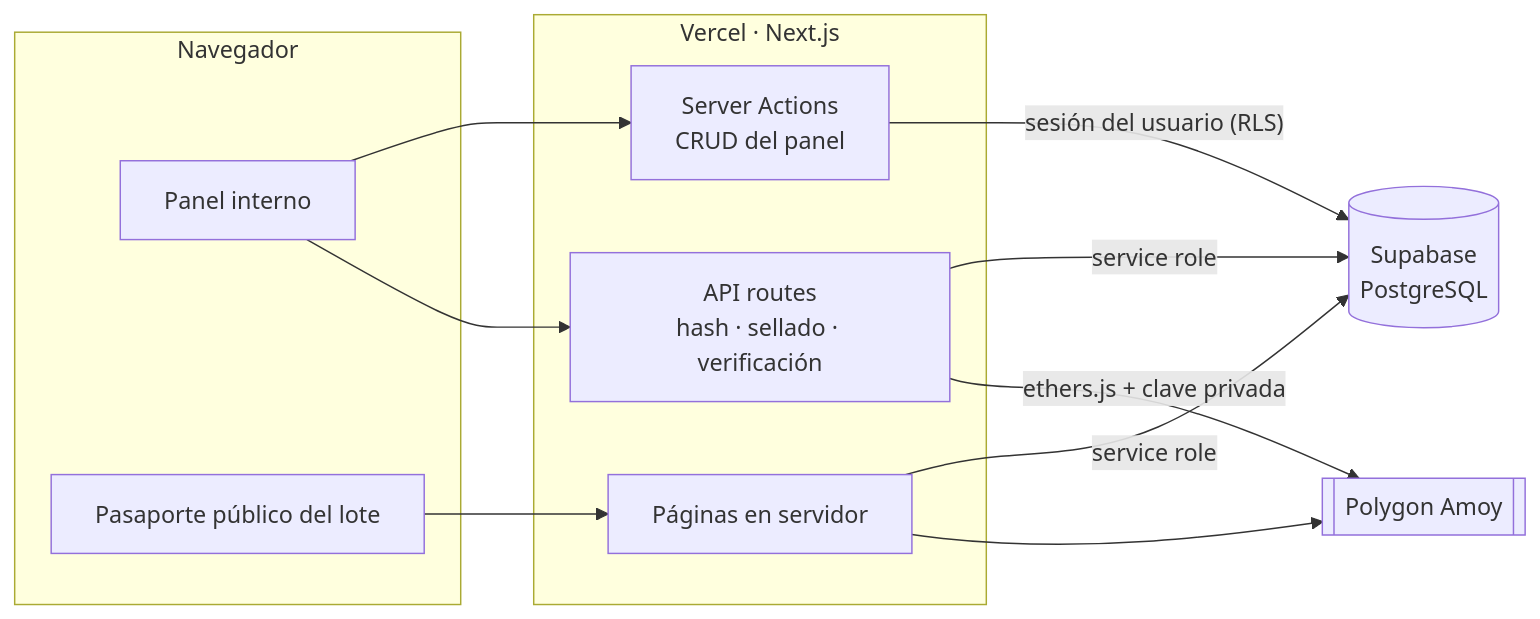
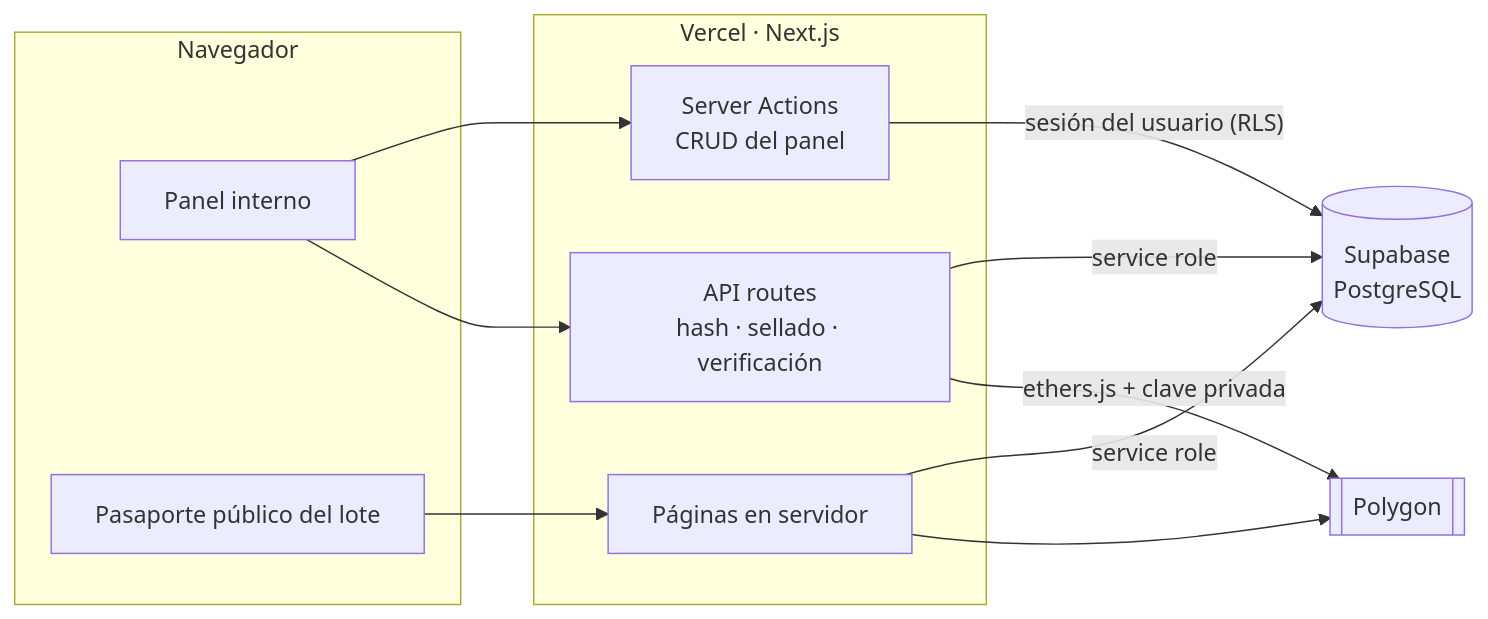
One commit to Antoni2487/cacao_pass changed the diagram in docs/04-arquitectura-y-codigo.md. Above: the diagram before and after it, drawn with Mermaid. The commit also changed other lines of this file and 14 other files, not shown here.

First line of the commit message:
feat(blockchain): red configurable entre Amoy y Polygon PoS

````diff
--- a/docs/04-arquitectura-y-codigo.md
+++ b/docs/04-arquitectura-y-codigo.md
@@ -8,20 +8,20 @@
 ```mermaid
 flowchart LR
     subgraph Navegador
         P[Panel interno]
         Q[Pasaporte público del lote]
     end
     subgraph Vercel["Vercel · Next.js"]
         SA[Server Actions<br/>CRUD del panel]
         API[API routes<br/>hash · sellado · verificación]
         SSR[Páginas en servidor]
     end
     P --> SA
     P --> API
     Q --> SSR
     SA -- "sesión del usuario (RLS)" --> DB[(Supabase<br/>PostgreSQL)]
     SSR -- service role --> DB
     API -- service role --> DB
-    API -- "ethers.js + clave privada" --> BC[[Polygon Amoy]]
+    API -- "ethers.js + clave privada" --> BC[[Polygon]]
     SSR --> BC
 ```
````
